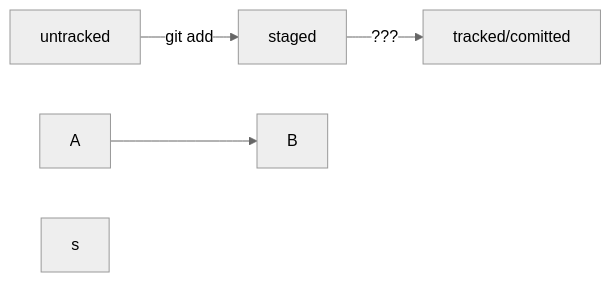
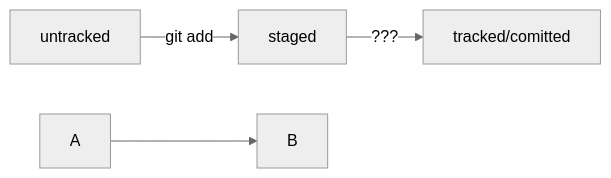
The second of 2 diagrams in README.md (1Witch1/first-project), drawn with Mermaid (neutral theme) before and after one commit. The commit also changed other lines of this file, not shown here.

Commit message:
седьмой

````diff
--- a/README.md
+++ b/README.md
@@ -36,8 +38,8 @@
 ```mermaid
 graph LR;
   untracked -- "git add" --> staged;
   staged    -- "???"     --> tracked/comitted;
 
 %% стрелка без текста для примера: 
-  A --> B;s
-``` 
+  A --> B;
+```
````
